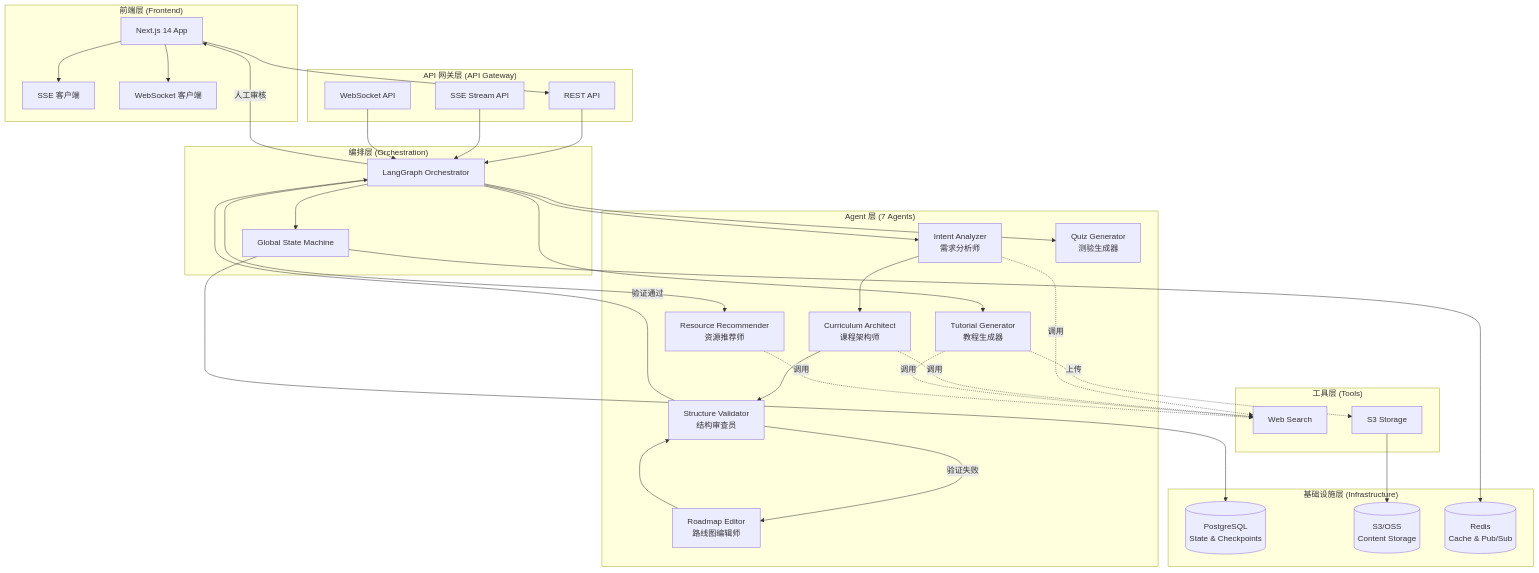
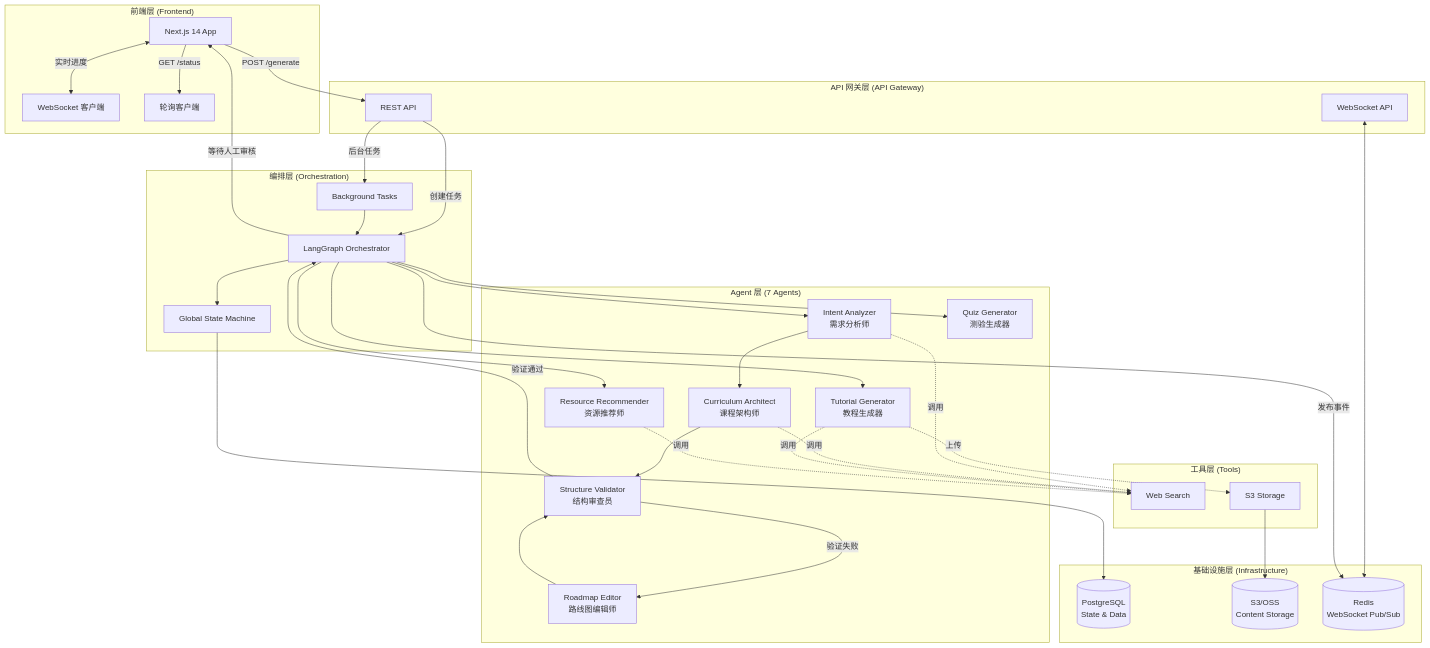
One commit to 741311791/roadmap-agent changed the diagram in AGENT.md. Above: the diagram before and after it, drawn with Mermaid. The commit also changed other lines of this file and 276 other files, not shown here.

````diff
--- a/AGENT.md
+++ b/AGENT.md
@@ -27,71 +27,72 @@
 ```mermaid
 graph TB
     subgraph "前端层 (Frontend)"
         UI[Next.js 14 App]
-        SSE[SSE 客户端]
         WS[WebSocket 客户端]
+        POLL[轮询客户端]
     end
     
     subgraph "API 网关层 (API Gateway)"
         REST[REST API]
-        SSE_API[SSE Stream API]
         WS_API[WebSocket API]
     end
     
     subgraph "编排层 (Orchestration)"
         ORCH[LangGraph Orchestrator]
         STATE[Global State Machine]
+        BG[Background Tasks]
     end
     
     subgraph "Agent 层 (7 Agents)"
         A1[Intent Analyzer<br/>需求分析师]
         A2[Curriculum Architect<br/>课程架构师]
         A2E[Roadmap Editor<br/>路线图编辑师]
         A3[Structure Validator<br/>结构审查员]
         A4[Tutorial Generator<br/>教程生成器]
         A5[Resource Recommender<br/>资源推荐师]
         A6[Quiz Generator<br/>测验生成器]
     end
     
     subgraph "工具层 (Tools)"
         T1[Web Search]
         T2[S3 Storage]
     end
     
     subgraph "基础设施层 (Infrastructure)"
-        PG[("PostgreSQL<br/>State & Checkpoints")]
+        PG[("PostgreSQL<br/>State & Data")]
         S3[("S3/OSS<br/>Content Storage")]
-        REDIS[("Redis<br/>Cache & Pub/Sub")]
+        REDIS[("Redis<br/>WebSocket Pub/Sub")]
     end
     
-    UI --> REST
-    UI --> SSE
-    UI --> WS
+    UI -->|POST /generate| REST
+    UI <-->|实时进度| WS
+    UI -->|GET /status| POLL
     
-    REST --> ORCH
-    SSE_API --> ORCH
-    WS_API --> ORCH
+    REST -->|创建任务| ORCH
+    REST -->|后台任务| BG
     
+    BG --> ORCH
     ORCH --> STATE
     STATE --> PG
     
     ORCH --> A1
     A1 --> A2
     A2 --> A3
     A3 -->|验证失败| A2E
     A2E --> A3
     A3 -->|验证通过| ORCH
-    ORCH -->|人工审核| UI
+    ORCH -->|等待人工审核| UI
     ORCH --> A4
     ORCH --> A5
     ORCH --> A6
     
     A1 -.->|调用| T1
     A2 -.->|调用| T1
     A4 -.->|调用| T1
     A4 -.->|上传| T2
     A5 -.->|调用| T1
     
     T2 --> S3
-    STATE --> REDIS
+    WS_API <--> REDIS
+    ORCH -->|发布事件| REDIS
 ```
````
